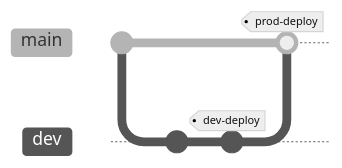
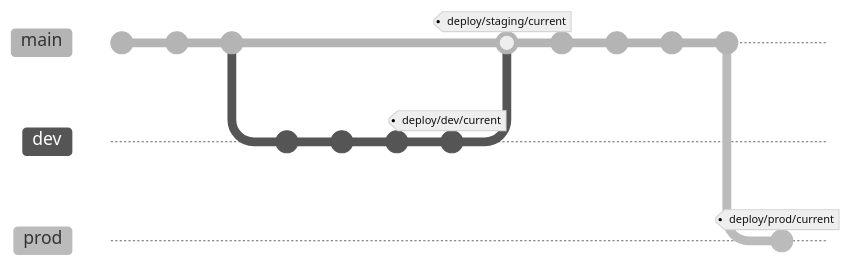
The fourth of 4 diagrams in docs/adrs/2 - GitOps.md (dukeofgaming/ipfs-metadata), drawn with Mermaid (neutral theme) before and after one commit. The commit also changed other lines of this file, not shown here. Commit ids are hidden.

Commit message:
Improving ADR on GitOps

````diff
--- a/docs/adrs/2 - GitOps.md
+++ b/docs/adrs/2 - GitOps.md
@@ -152,14 +156,26 @@
 ```mermaid
 gitGraph 
 
+    commit
+    commit
     commit
 
     branch dev
     checkout dev
     commit
-    commit tag: "dev-deploy"
+    commit
+    commit
+    commit tag: "deploy/dev/current"
 
     checkout main
-    merge dev tag: "prod-deploy"
 
+    merge dev tag: "deploy/staging/current"
+    commit
+    commit
+    commit
+    commit
+
+    branch prod
+    checkout prod
+    commit tag: "deploy/prod/current"
 ```
````
